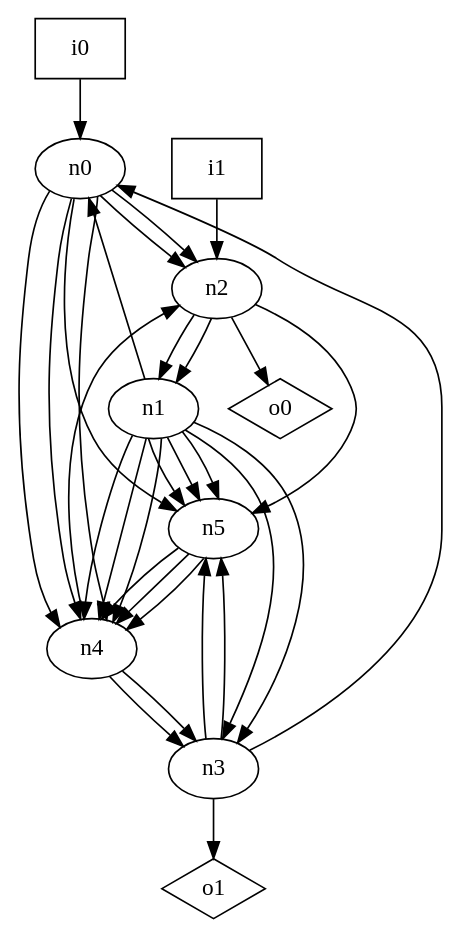
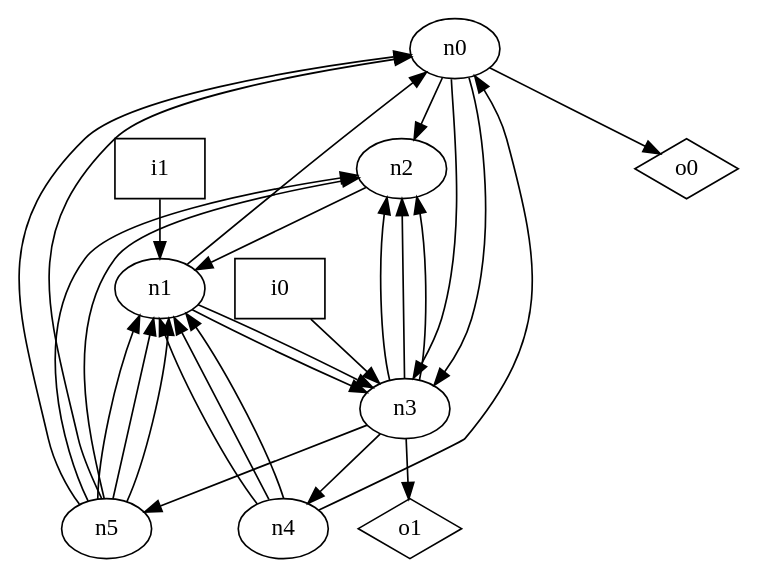
The diagram in dot_files/random/random_oriented_loop_free_graph.dot (p9romain/bool-circuits), drawn with Graphviz before and after one commit. The commit also changed 28 other files, not shown here.

```diff
--- a/dot_files/random/random_oriented_loop_free_graph.dot
+++ b/dot_files/random/random_oriented_loop_free_graph.dot
@@ -1,43 +1,39 @@
 digraph G {
 n0 [label="n0"];
 n1 [label="n1"];
 n2 [label="n2"];
 n3 [label="n3"];
 n4 [label="n4"];
 n5 [label="n5"];
 n6 [label="i0",shape="box"];
 n7 [label="i1",shape="box"];
 n8 [label="o0",shape="diamond"];
 n9 [label="o1",shape="diamond"];
 n0 -> n2
-n0 -> n2
-n0 -> n4
-n0 -> n4
-n0 -> n4
-n0 -> n5
+n0 -> n3
+n0 -> n3
+n0 -> n8
 n1 -> n0
 n1 -> n3
 n1 -> n3
-n1 -> n4
-n1 -> n4
-n1 -> n4
-n1 -> n5
-n1 -> n5
-n1 -> n5
 n2 -> n1
-n2 -> n1
-n2 -> n5
-n2 -> n8
-n3 -> n0
-n3 -> n5
+n3 -> n2
+n3 -> n2
+n3 -> n2
+n3 -> n4
 n3 -> n5
 n3 -> n9
-n4 -> n2
-n4 -> n3
-n4 -> n3
-n5 -> n4
-n5 -> n4
-n5 -> n4
-n6 -> n0
-n7 -> n2
+n4 -> n0
+n4 -> n1
+n4 -> n1
+n4 -> n1
+n5 -> n0
+n5 -> n0
+n5 -> n1
+n5 -> n1
+n5 -> n1
+n5 -> n2
+n5 -> n2
+n6 -> n3
+n7 -> n1
 }
```
